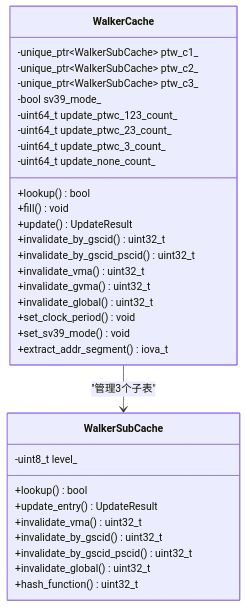
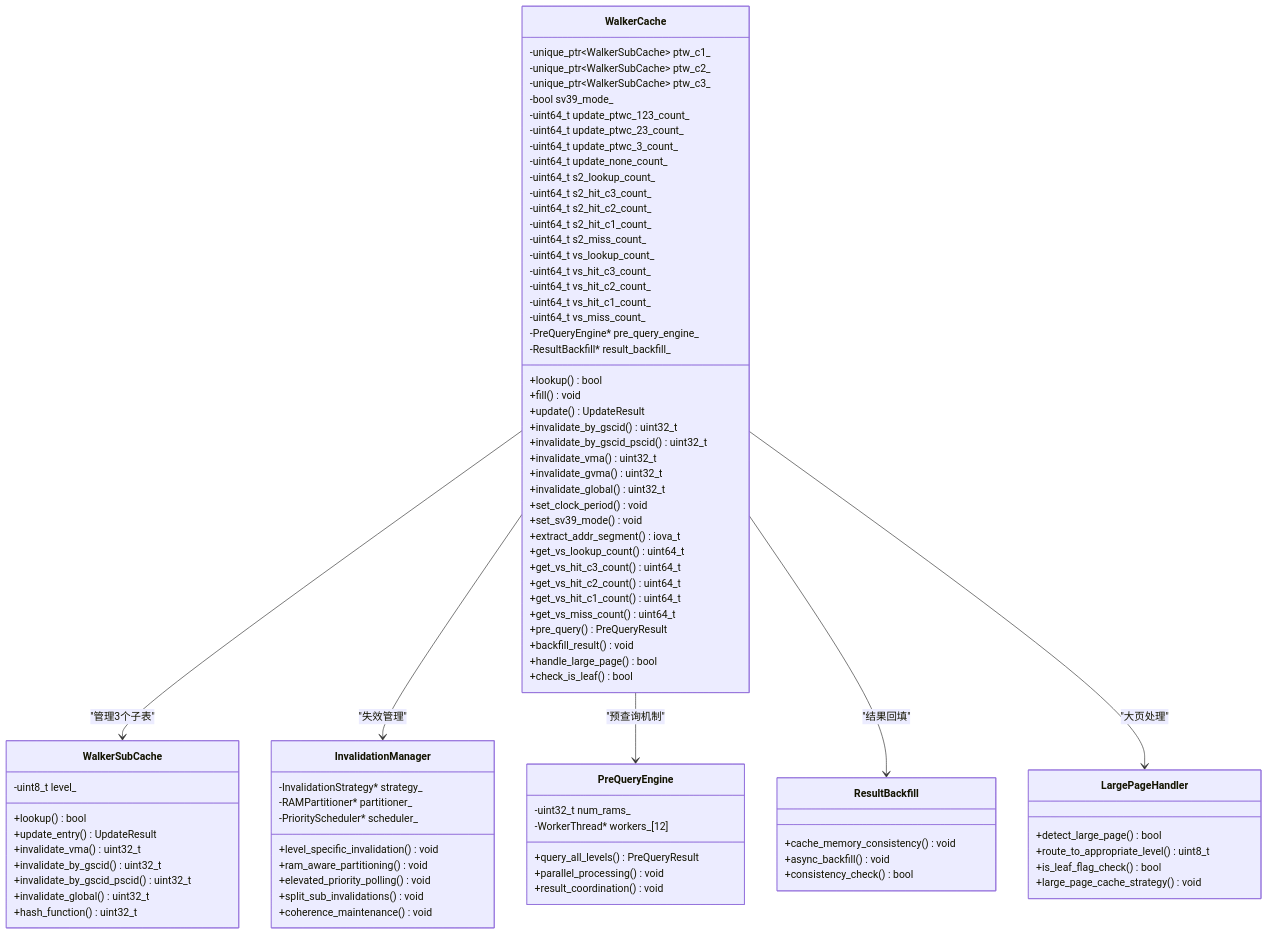
One commit to jiangjiang1122/iommu_model_20260401_v1 changed the second of 15 diagrams in .qoder/repowiki/zh/content/缓存系统/Walker缓存（地址转换遍历器缓存）.md. Above: the diagram before and after it, drawn with Mermaid. The commit also changed other lines of this file and 186 other files, not shown here.

````diff
--- a/.qoder/repowiki/zh/content/缓存系统/Walker缓存（地址转换遍历器缓存）.md
+++ b/.qoder/repowiki/zh/content/缓存系统/Walker缓存（地址转换遍历器缓存）.md
@@ -108,6 +166,18 @@
 -uint64_t update_ptwc_23_count_
 -uint64_t update_ptwc_3_count_
 -uint64_t update_none_count_
+-uint64_t s2_lookup_count_
+-uint64_t s2_hit_c3_count_
+-uint64_t s2_hit_c2_count_
+-uint64_t s2_hit_c1_count_
+-uint64_t s2_miss_count_
+-uint64_t vs_lookup_count_
+-uint64_t vs_hit_c3_count_
+-uint64_t vs_hit_c2_count_
+-uint64_t vs_hit_c1_count_
+-uint64_t vs_miss_count_
+-PreQueryEngine* pre_query_engine_
+-ResultBackfill* result_backfill_
 +lookup() bool
 +fill() void
 +update() UpdateResult
@@ -119,6 +189,15 @@
 +set_clock_period() void
 +set_sv39_mode() void
 +extract_addr_segment() iova_t
++get_vs_lookup_count() uint64_t
++get_vs_hit_c3_count() uint64_t
++get_vs_hit_c2_count() uint64_t
++get_vs_hit_c1_count() uint64_t
++get_vs_miss_count() uint64_t
++pre_query() PreQueryResult
++backfill_result() void
++handle_large_page() bool
++check_is_leaf() bool
 }
 class WalkerSubCache {
 -uint8_t level_
@@ -130,5 +209,37 @@
 +invalidate_global() uint32_t
 +hash_function() uint32_t
 }
+class InvalidationManager {
+-InvalidationStrategy* strategy_
+-RAMPartitioner* partitioner_
+-PriorityScheduler* scheduler_
++level_specific_invalidation() void
++ram_aware_partitioning() void
++elevated_priority_polling() void
++split_sub_invalidations() void
++coherence_maintenance() void
+}
+class PreQueryEngine {
+-uint32_t num_rams_
+-WorkerThread* workers_[12]
++query_all_levels() PreQueryResult
++parallel_processing() void
++result_coordination() void
+}
+class ResultBackfill {
++cache_memory_consistency() void
++async_backfill() void
++consistency_check() bool
+}
+class LargePageHandler {
++detect_large_page() bool
++route_to_appropriate_level() uint8_t
++is_leaf_flag_check() bool
++large_page_cache_strategy() void
+}
 WalkerCache --> WalkerSubCache : "管理3个子表"
+WalkerCache --> InvalidationManager : "失效管理"
+WalkerCache --> PreQueryEngine : "预查询机制"
+WalkerCache --> ResultBackfill : "结果回填"
+WalkerCache --> LargePageHandler : "大页处理"
 ```
````
